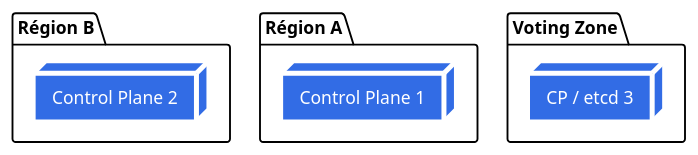
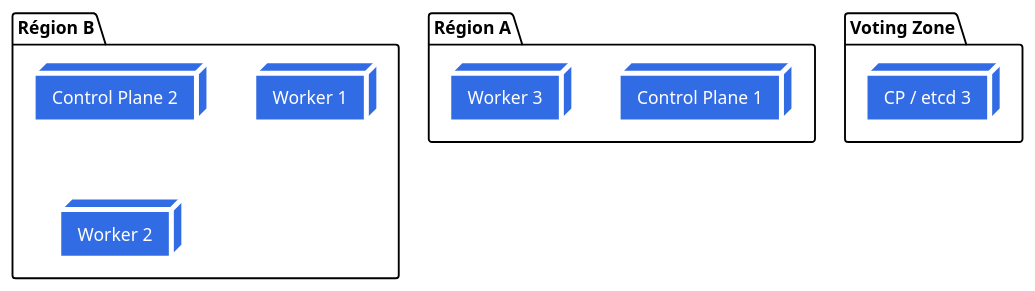
The diagram in diagrams/099-3-zones.puml (sylvainmetayer/talk-k8s-2-az), drawn with PlantUML before and after one commit. The commit also changed 10 other files, not shown here.

```diff
--- a/diagrams/099-3-zones.puml
+++ b/diagrams/099-3-zones.puml
@@ -1,36 +1,40 @@
 @startuml
 
 skinparam cluster {
     BackgroundColor white
     BorderColor #bbb
     BorderThickness 2
     FontColor #326ce5
 }
 
 skinparam node {
     BackgroundColor #326ce5
     BorderColor white
     BorderThickness 4
     FontColor white
 }
 
 skinparam storage {
     BackgroundColor white
     BorderColor #bbb
     BorderThickness 2
     FontColor #326ce5
 }
 
 package "Région B" as zoneB {
     node "Control Plane 2" as cp2
+    node "Worker 1" as wo1
+    node "Worker 2" as wo2
 }
 
 package "Région A" as zoneA {
     node "Control Plane 1" as cp1
+    node "Worker 3" as wo3
 }
 
 package "Voting Zone" as votingZone {
     node "CP / etcd 3" as etcd3
+' TODO Schématiser que pas de worker dans cette zone
 }
 
 @enduml
```
